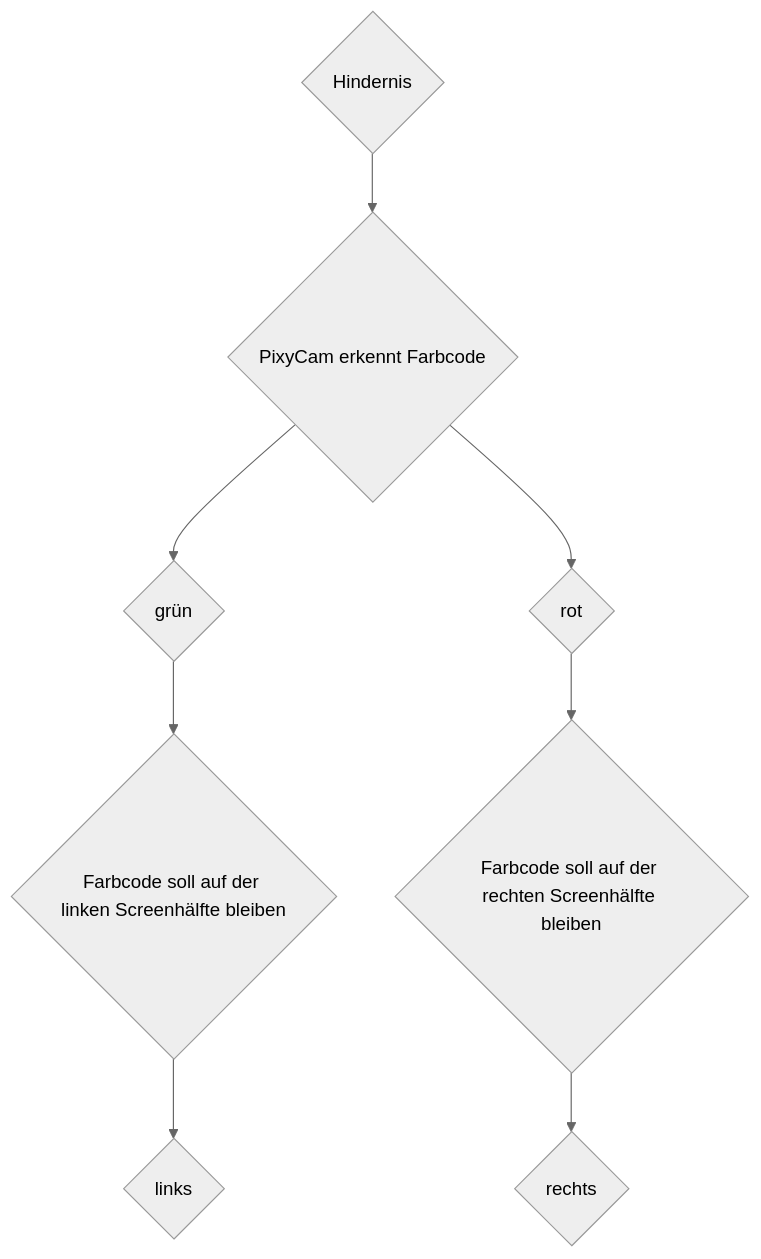
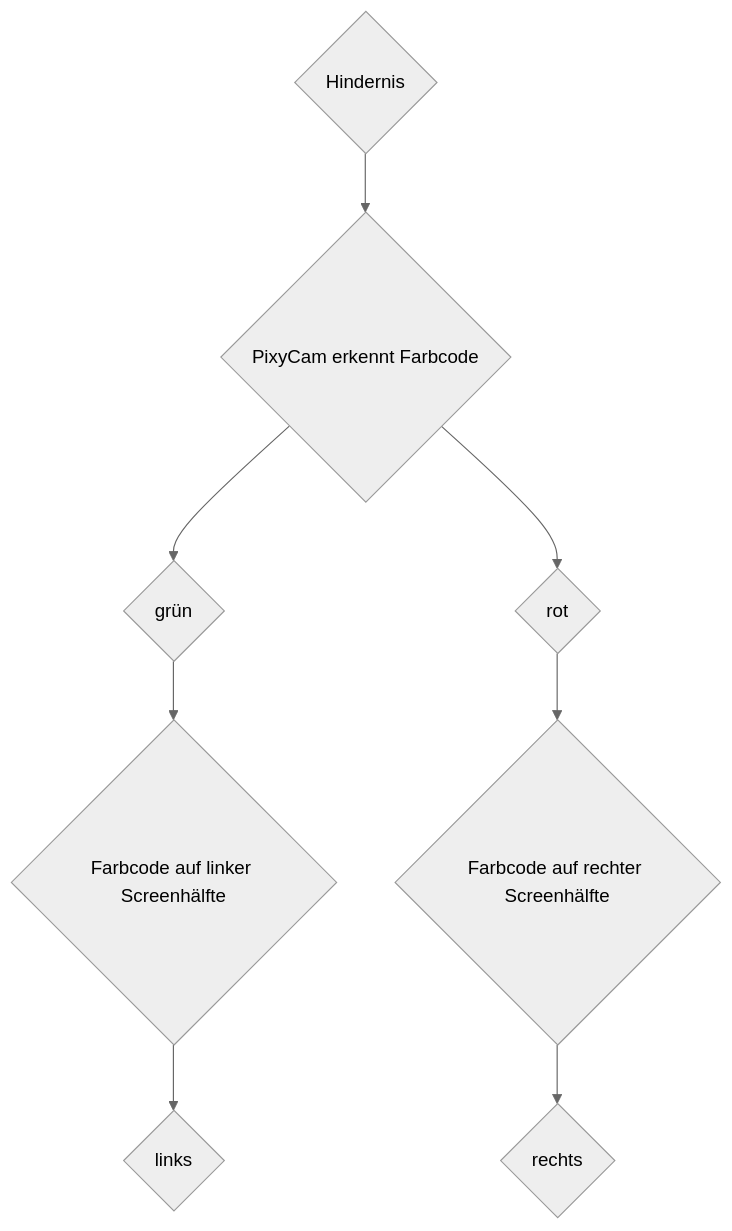
Before and after one commit to SchroedingersBit/PfortGTPanama: the diagram in Programme/Hindernisrennen/README.md, drawn with Mermaid (neutral theme).

````diff
--- a/Programme/Hindernisrennen/README.md
+++ b/Programme/Hindernisrennen/README.md
@@ -4,7 +4,7 @@
 ```mermaid
 graph TB;
 A{Hindernis} -->B{PixyCam erkennt Farbcode};
-B-->E{grün}-->Code2{Farbcode soll auf der linken Screenhälfte bleiben}-->F{links};
-B-->C{rot}-->Code{Farbcode soll auf der rechten Screenhälfte bleiben}-->D{rechts};
+B-->E{grün}-->Code2{Farbcode auf linker Screenhälfte}-->F{links};
+B-->C{rot}-->Code{Farbcode auf rechter Screenhälfte}-->D{rechts};
 
 ```
````
